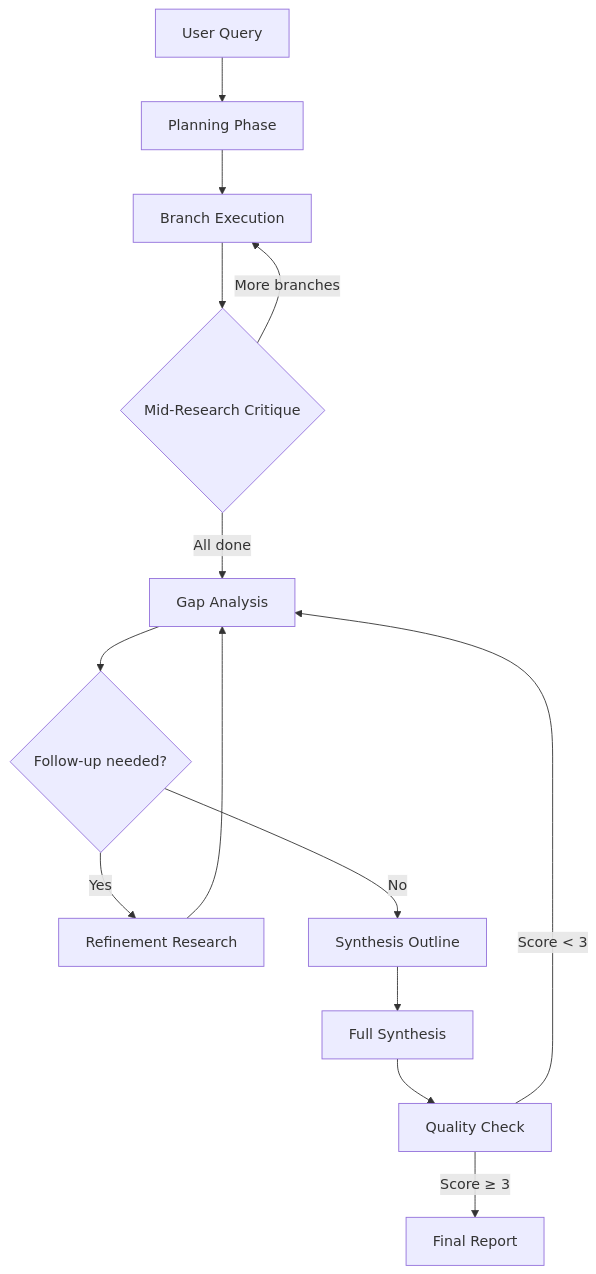
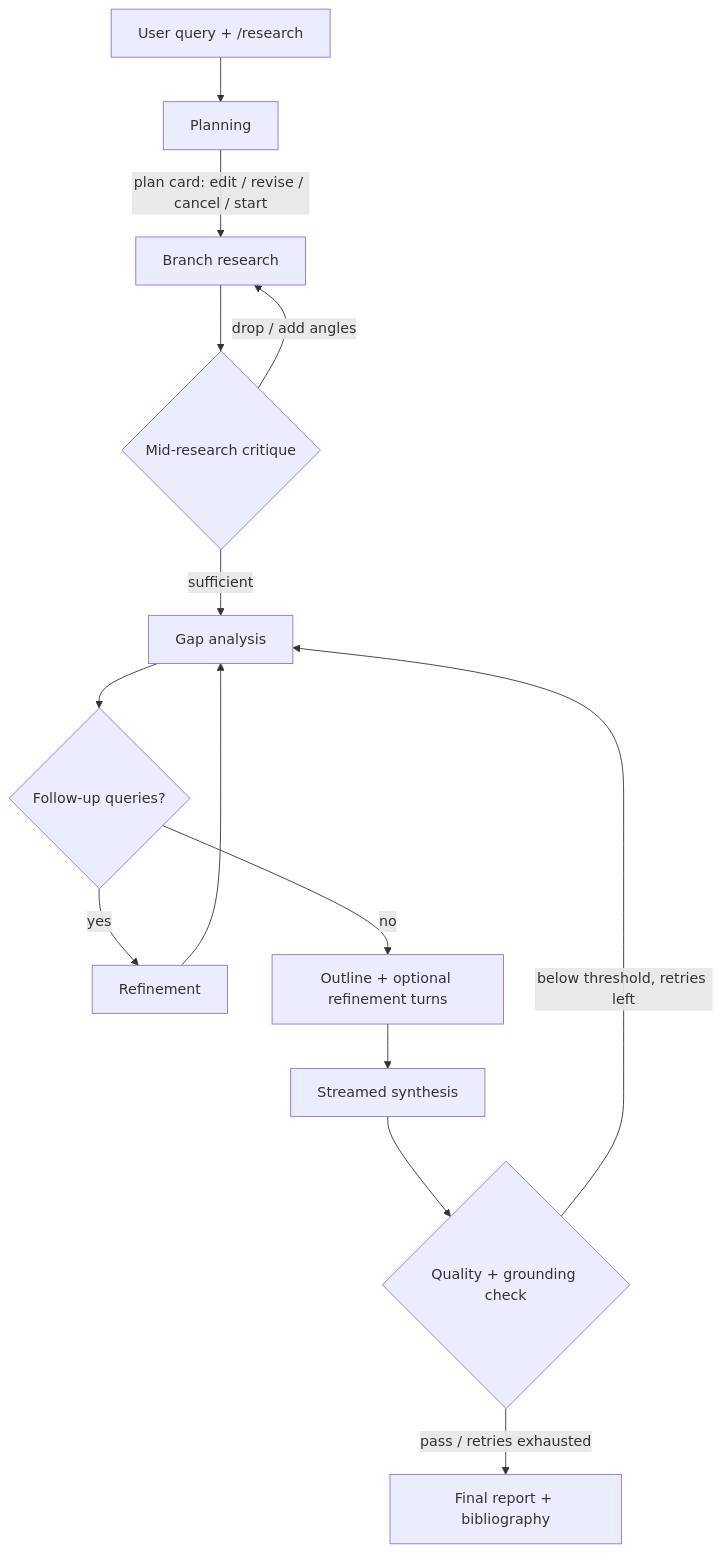
One commit to inderdeepk/katabai-cetikaytools.com changed the diagram in Documentation/Technical/DEEP_RESEARCH.md. Above: the diagram before and after it, drawn with Mermaid. The commit also changed other lines of this file and 56 other files, not shown here.

````diff
--- a/Documentation/Technical/DEEP_RESEARCH.md
+++ b/Documentation/Technical/DEEP_RESEARCH.md
@@ -34,16 +51,16 @@
 ```mermaid
 flowchart TD
-    A[User Query] --> B[Planning Phase]
-    B --> C[Branch Execution]
-    C --> D{Mid-Research Critique}
-    D -->|More branches| C
-    D -->|All done| E[Gap Analysis]
-    E --> F{Follow-up needed?}
-    F -->|Yes| G[Refinement Research]
+    A[User query + /research] --> B[Planning]
+    B -->|plan card: edit / revise / cancel / start| C[Branch research]
+    C --> D{Mid-research critique}
+    D -->|drop / add angles| C
+    D -->|sufficient| E[Gap analysis]
+    E --> F{Follow-up queries?}
+    F -->|yes| G[Refinement]
     G --> E
-    F -->|No| H[Synthesis Outline]
-    H --> I[Full Synthesis]
-    I --> J[Quality Check]
-    J -->|Score < 3| E
-    J -->|Score ≥ 3| K[Final Report]
+    F -->|no| H[Outline + optional refinement turns]
+    H --> I[Streamed synthesis]
+    I --> J{Quality + grounding check}
+    J -->|below threshold, retries left| E
+    J -->|pass / retries exhausted| K[Final report + bibliography]
 ```
````
